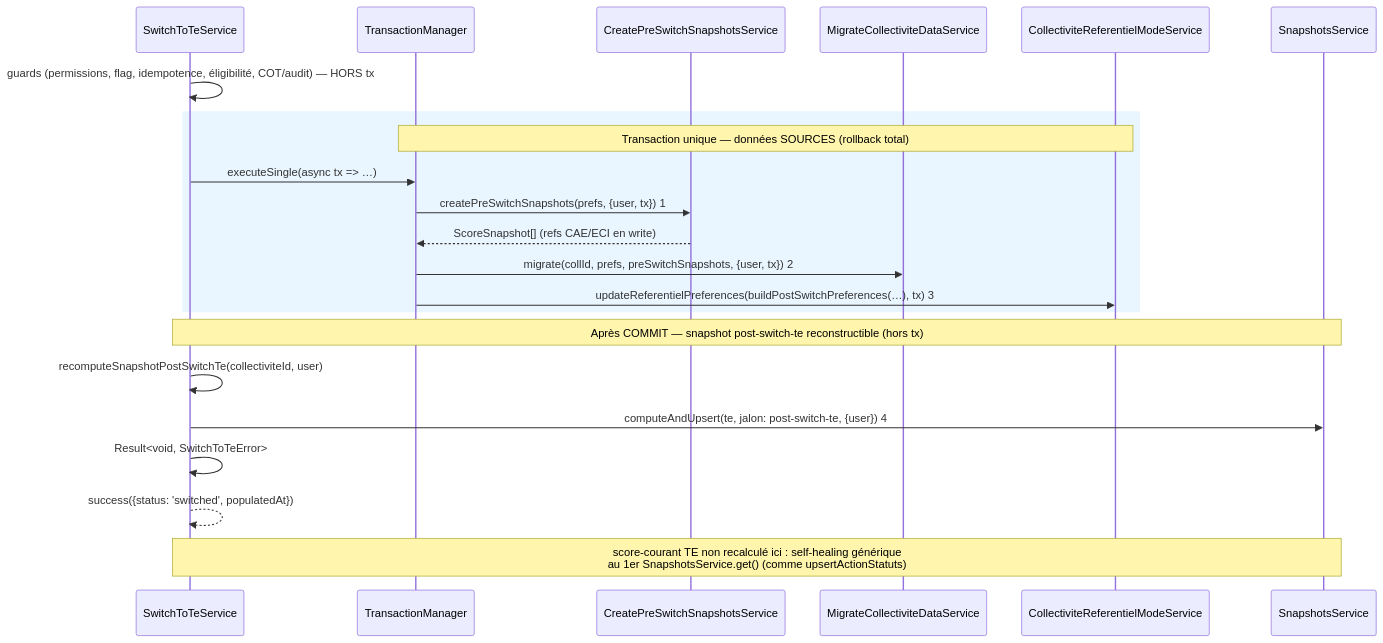
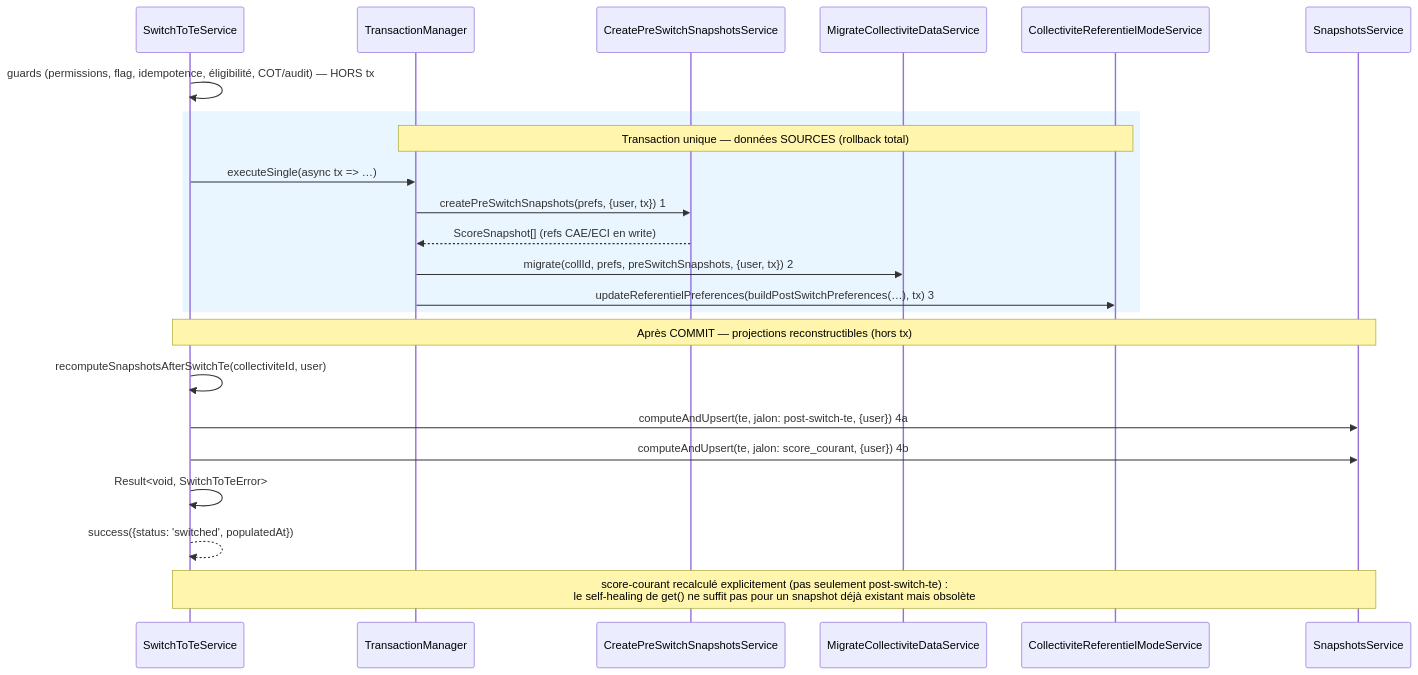
The diagram in doc/plans/2026-06-11-013-feat-bascule-referentiel-te-pr18-plan.md (incubateur-ademe/territoires-en-transitions), drawn with Mermaid before and after one commit. The commit also changed other lines of this file and 2 other files, not shown here.

Commit message:
fix(referentiels): fait le recalcul de score-courant après la bascule vers CR

````diff
--- a/doc/plans/2026-06-11-013-feat-bascule-referentiel-te-pr18-plan.md
+++ b/doc/plans/2026-06-11-013-feat-bascule-referentiel-te-pr18-plan.md
@@ -54,25 +54,26 @@
 ```mermaid
 sequenceDiagram
   participant Svc as SwitchToTeService
   participant TxM as TransactionManager
   participant Snap as CreatePreSwitchSnapshotsService
   participant Mig as MigrateCollectiviteDataService
   participant Prefs as CollectiviteReferentielModeService
   participant Sc as SnapshotsService
 
   Svc->>Svc: guards (permissions, flag, idempotence, éligibilité, COT/audit) — HORS tx
   rect rgba(200,230,255,0.4)
     Note over TxM,Prefs: Transaction unique — données SOURCES (rollback total)
     Svc->>TxM: executeSingle(async tx => …)
     TxM->>Snap: createPreSwitchSnapshots(prefs, {user, tx})  1
     Snap-->>TxM: ScoreSnapshot[] (refs CAE/ECI en write)
     TxM->>Mig: migrate(collId, prefs, preSwitchSnapshots, {user, tx})  2
     TxM->>Prefs: updateReferentielPreferences(buildPostSwitchPreferences(…), tx)  3
   end
-  Note over Svc,Sc: Après COMMIT — snapshot post-switch-te reconstructible (hors tx)
-  Svc->>Svc: recomputeSnapshotPostSwitchTe(collectiviteId, user)
-  Svc->>Sc: computeAndUpsert(te, jalon: post-switch-te, {user})  4
+  Note over Svc,Sc: Après COMMIT — projections reconstructibles (hors tx)
+  Svc->>Svc: recomputeSnapshotsAfterSwitchTe(collectiviteId, user)
+  Svc->>Sc: computeAndUpsert(te, jalon: post-switch-te, {user})  4a
+  Svc->>Sc: computeAndUpsert(te, jalon: score_courant, {user})  4b
   Svc->>Svc: Result<void, SwitchToTeError>
   Svc-->>Svc: success({status: 'switched', populatedAt})
-  Note over Svc,Sc: score-courant TE non recalculé ici : self-healing générique<br/>au 1er SnapshotsService.get() (comme upsertActionStatuts)
+  Note over Svc,Sc: score-courant recalculé explicitement (pas seulement post-switch-te) :<br/>le self-healing de get() ne suffit pas pour un snapshot déjà existant mais obsolète
 ```
````
